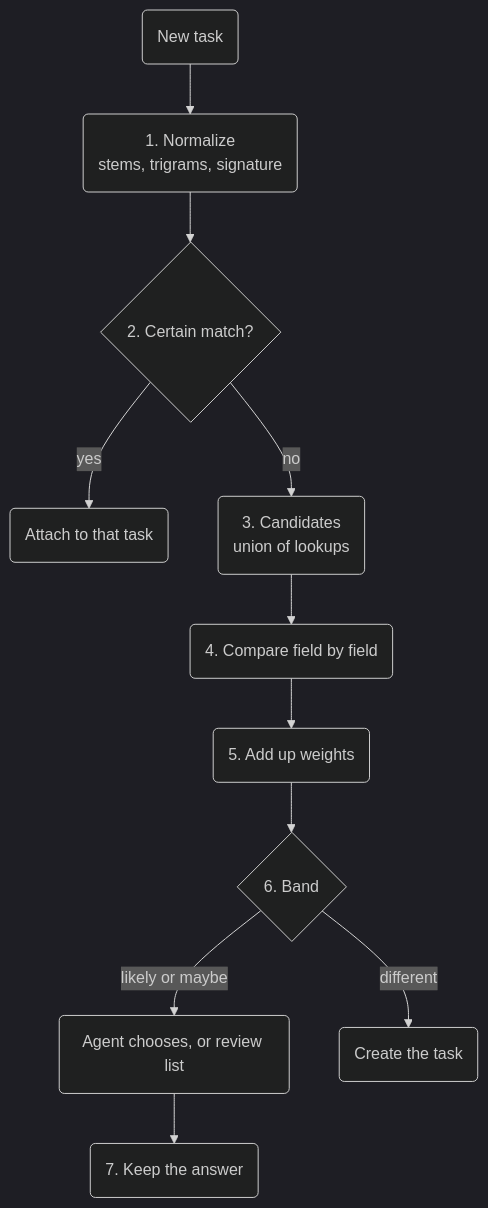
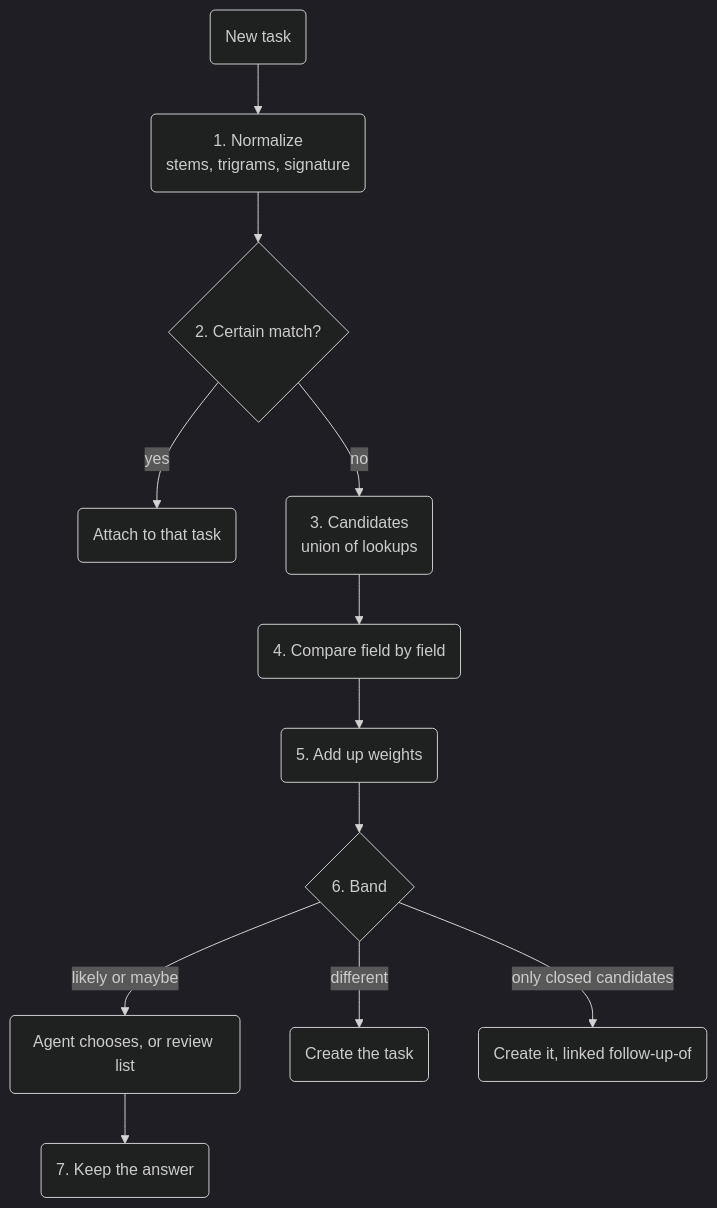
Before and after one commit to WireCatLabs/cli-docs: the diagram in content/docs/tasks-architecture.mdx, drawn with Mermaid (dark theme). The commit also changed other lines of this file and 17 other files, not shown here.

````diff
--- a/content/docs/tasks-architecture.mdx
+++ b/content/docs/tasks-architecture.mdx
@@ -131,13 +238,14 @@
 ```mermaid How a new task is checked for duplicates
 graph TD
   New("New task") --> Norm("1. Normalize<br>stems, trigrams, signature")
   Norm --> Certain{"2. Certain match?"}
   Certain -->|"yes"| Attach("Attach to that task")
   Certain -->|"no"| Cand("3. Candidates<br>union of lookups")
   Cand --> Compare("4. Compare field by field")
   Compare --> Score("5. Add up weights")
   Score --> Decide{"6. Band"}
   Decide -->|"likely or maybe"| Ask("Agent chooses, or review list")
   Decide -->|"different"| Create("Create the task")
+  Decide -->|"only closed candidates"| Follow("Create it, linked follow-up-of")
   Ask --> Learn("7. Keep the answer")
 ```
````
